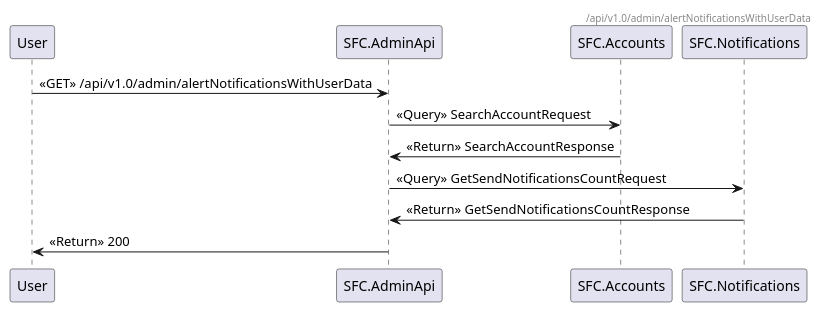
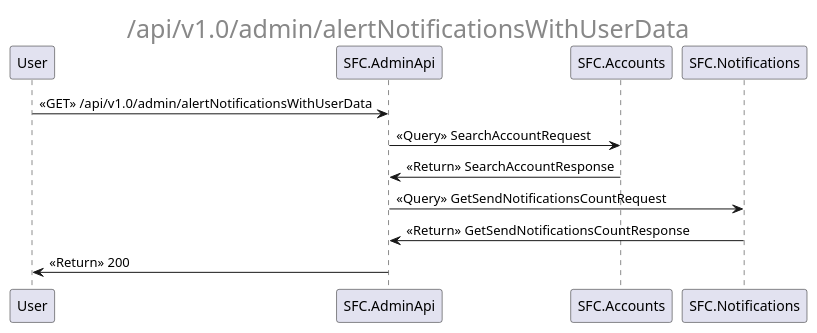
The diagram in docs/ArchitectureDocumentation/_api_v1.0_admin_alertNotificationsWithUserData.puml (mr0zek/SmogFightClub), drawn with PlantUML before and after one commit. The commit also changed 9 other files, not shown here.

```diff
--- a/docs/ArchitectureDocumentation/_api_v1.0_admin_alertNotificationsWithUserData.puml
+++ b/docs/ArchitectureDocumentation/_api_v1.0_admin_alertNotificationsWithUserData.puml
@@ -1,9 +1,9 @@
 @startuml
-header /api/v1.0/admin/alertNotificationsWithUserData
+center header <font size=25>/api/v1.0/admin/alertNotificationsWithUserData</font>
 User -> SFC.AdminApi : <<GET>> /api/v1.0/admin/alertNotificationsWithUserData
 SFC.AdminApi -> SFC.Accounts : <<Query>> SearchAccountRequest
 SFC.Accounts -> SFC.AdminApi : <<Return>> SearchAccountResponse
 SFC.AdminApi -> SFC.Notifications : <<Query>> GetSendNotificationsCountRequest
 SFC.Notifications -> SFC.AdminApi : <<Return>> GetSendNotificationsCountResponse
 SFC.AdminApi -> User: <<Return>> 200
 @enduml
```
